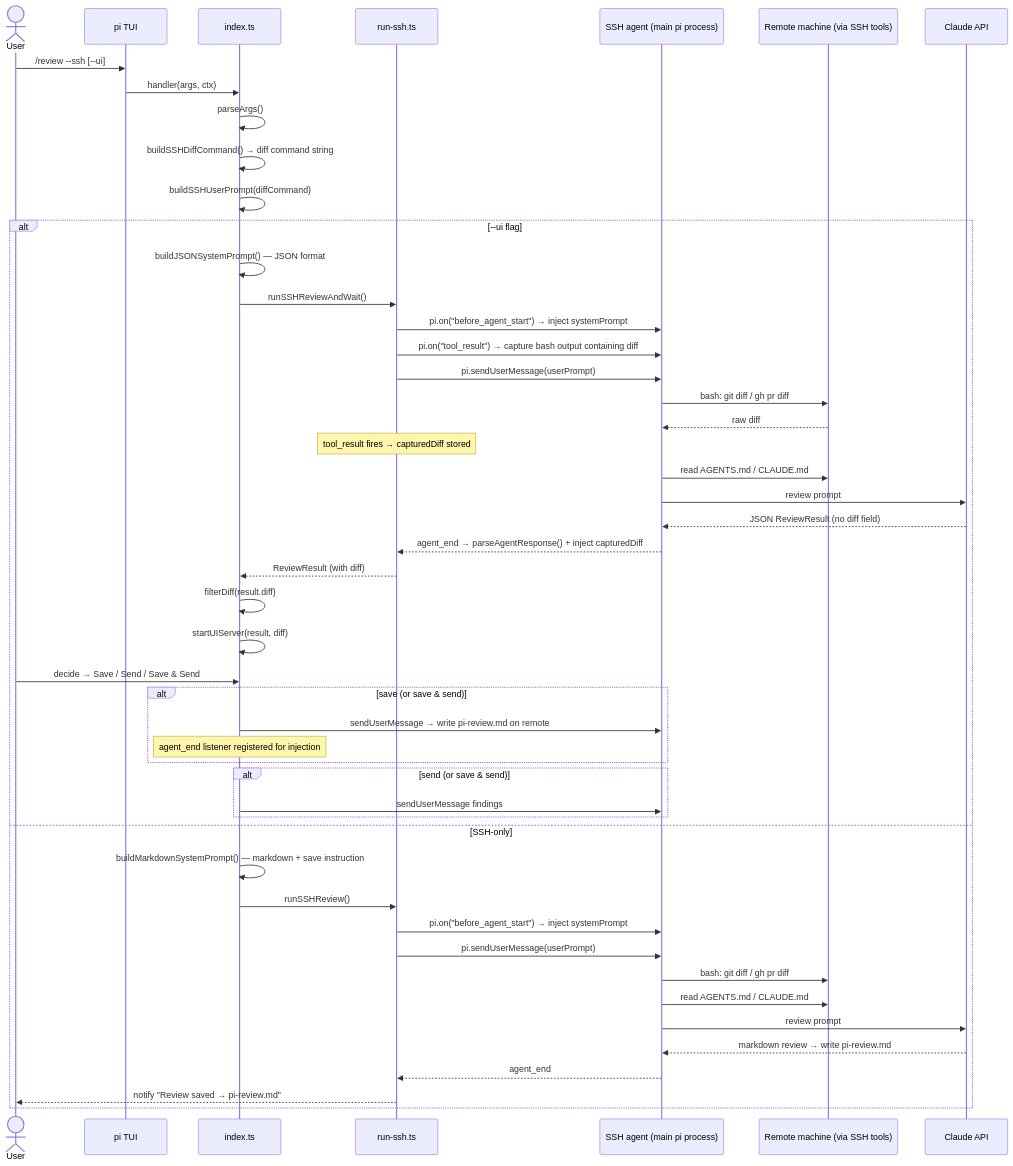
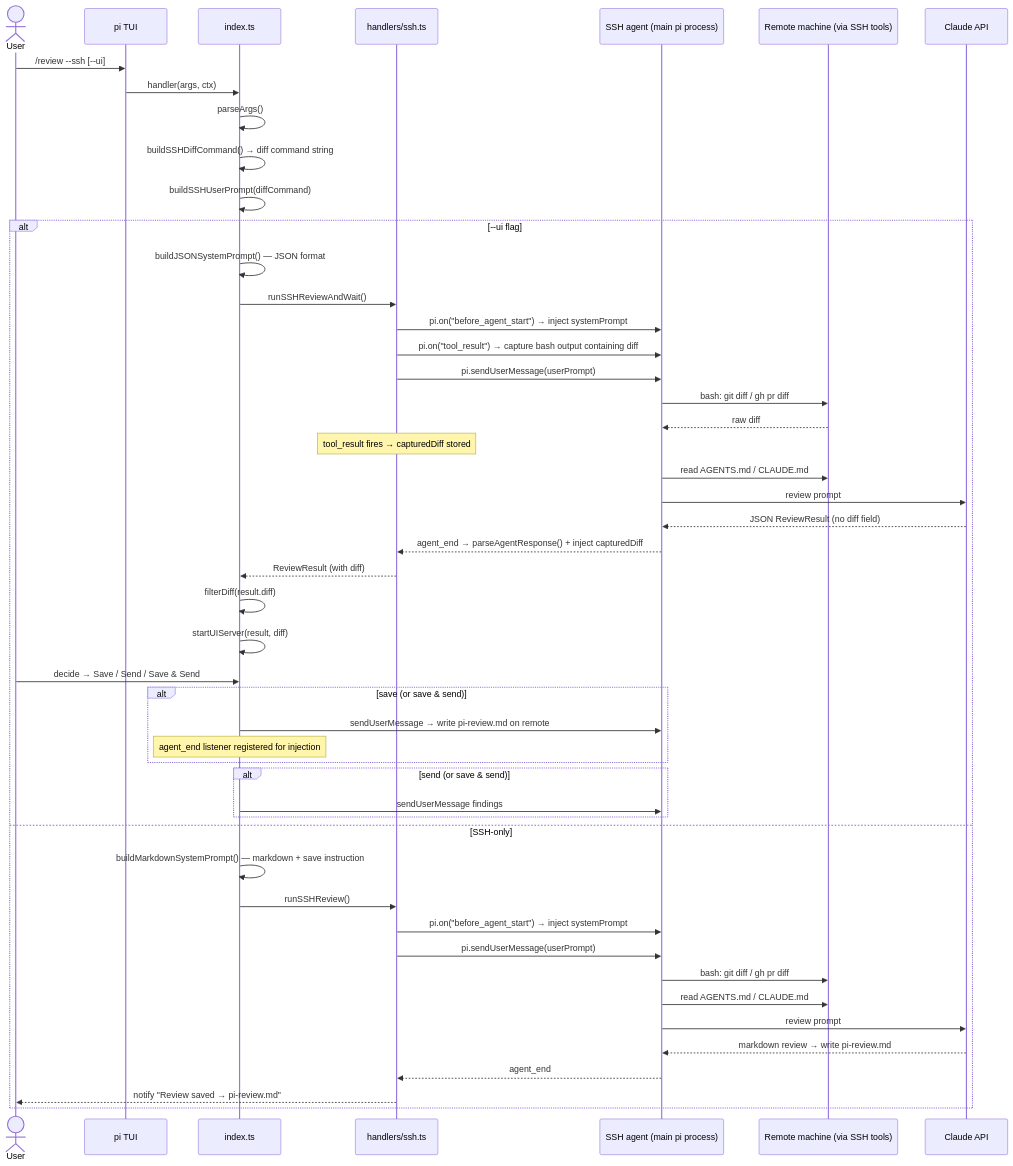
The third of 3 diagrams in docs/architecture.md (zeflq/pi-reviewer), drawn with Mermaid before and after one commit. The commit also changed other lines of this file and 16 other files, not shown here.

````diff
--- a/docs/architecture.md
+++ b/docs/architecture.md
@@ -103,53 +109,53 @@
 ```mermaid
 sequenceDiagram
     actor User
     participant pi as pi TUI
     participant ext as index.ts
-    participant runssh as run-ssh.ts
+    participant runssh as handlers/ssh.ts
     participant agent as SSH agent (main pi process)
     participant remote as Remote machine (via SSH tools)
     participant claude as Claude API
 
     User->>pi: /review --ssh [--ui]
     pi->>ext: handler(args, ctx)
     ext->>ext: parseArgs()
     ext->>ext: buildSSHDiffCommand() → diff command string
     ext->>ext: buildSSHUserPrompt(diffCommand)
 
     alt --ui flag
         ext->>ext: buildJSONSystemPrompt() — JSON format
         ext->>runssh: runSSHReviewAndWait()
         runssh->>agent: pi.on("before_agent_start") → inject systemPrompt
         runssh->>agent: pi.on("tool_result") → capture bash output containing diff
         runssh->>agent: pi.sendUserMessage(userPrompt)
         agent->>remote: bash: git diff / gh pr diff
         remote-->>agent: raw diff
         note over runssh: tool_result fires → capturedDiff stored
         agent->>remote: read AGENTS.md / CLAUDE.md
         agent->>claude: review prompt
         claude-->>agent: JSON ReviewResult (no diff field)
         agent-->>runssh: agent_end → parseAgentResponse() + inject capturedDiff
         runssh-->>ext: ReviewResult (with diff)
         ext->>ext: filterDiff(result.diff)
         ext->>ext: startUIServer(result, diff)
         User->>ext: decide → Save / Send / Save & Send
         alt save (or save & send)
             ext->>agent: sendUserMessage → write pi-review.md on remote
             note over ext: agent_end listener registered for injection
         end
         alt send (or save & send)
             ext->>agent: sendUserMessage findings
         end
     else SSH-only
         ext->>ext: buildMarkdownSystemPrompt() — markdown + save instruction
         ext->>runssh: runSSHReview()
         runssh->>agent: pi.on("before_agent_start") → inject systemPrompt
         runssh->>agent: pi.sendUserMessage(userPrompt)
         agent->>remote: bash: git diff / gh pr diff
         agent->>remote: read AGENTS.md / CLAUDE.md
         agent->>claude: review prompt
         claude-->>agent: markdown review → write pi-review.md
         agent-->>runssh: agent_end
         runssh-->>User: notify "Review saved → pi-review.md"
     end
 ```
````
